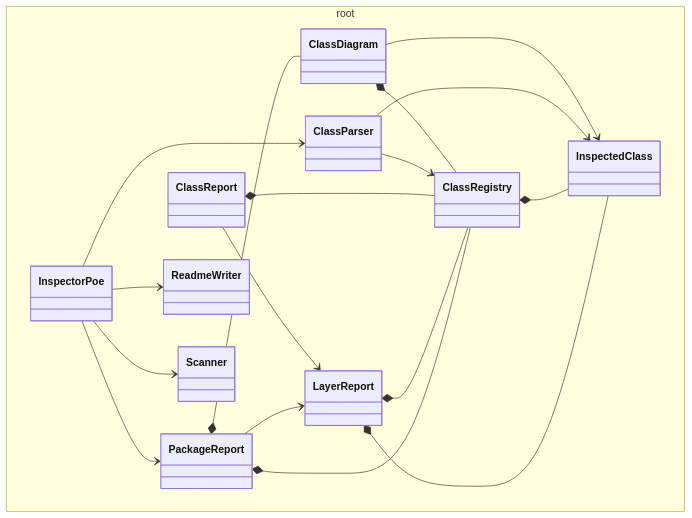
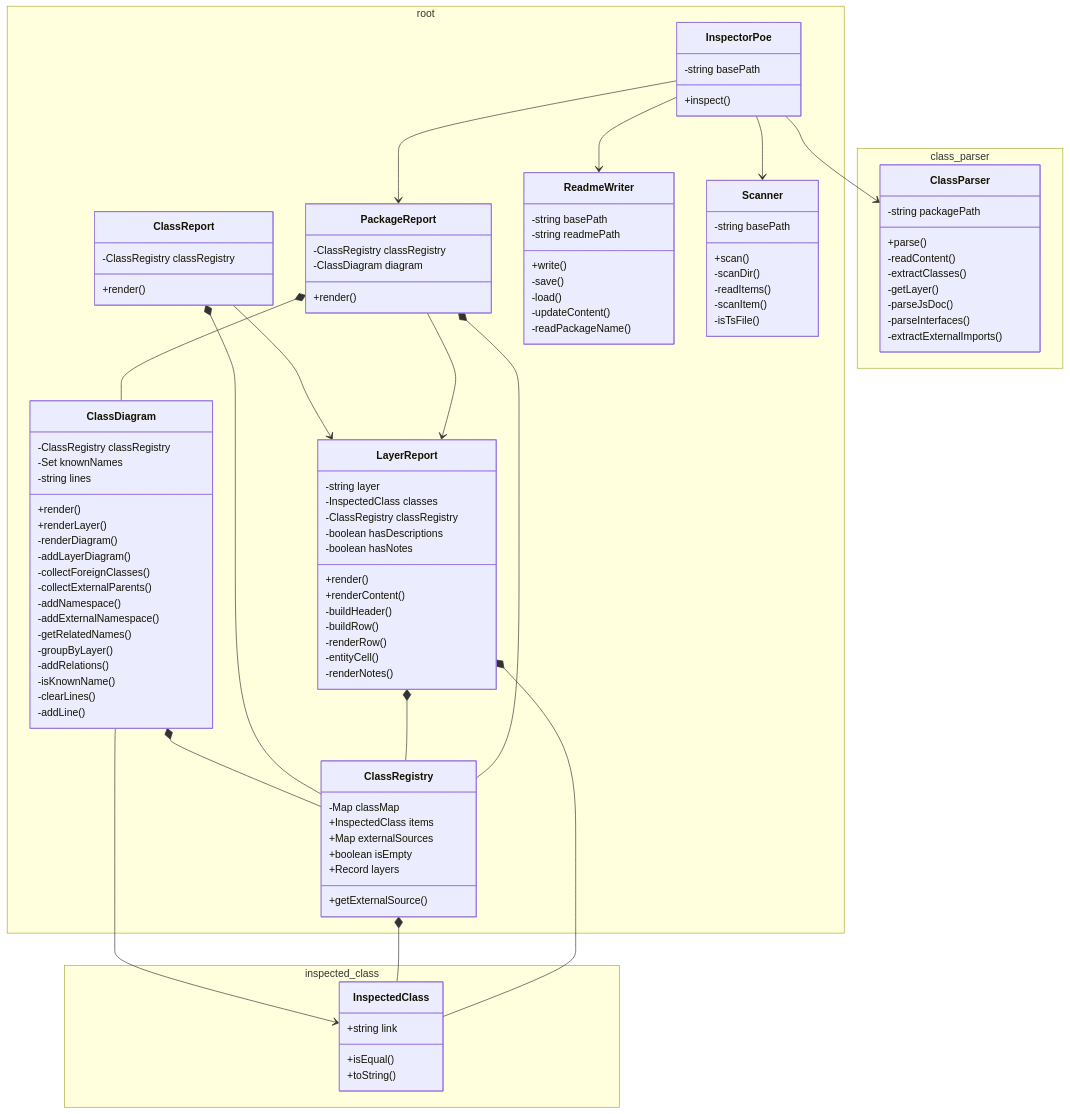
One commit to pslotinsky/decay-of-magic changed the third of 3 diagrams in packages/poe/README.md. Above: the diagram before and after it, drawn with Mermaid. The commit also changed other lines of this file and 16 other files, not shown here.

Commit message:
DOD-0004: Add class members to Poe class diagram

````diff
--- a/packages/poe/README.md
+++ b/packages/poe/README.md
@@ -8,22 +105,100 @@
 ```mermaid
 classDiagram
   namespace root {
-    class ClassDiagram
-    class ClassParser
-    class ClassRegistry
-    class ClassReport
-    class InspectedClass
-    class InspectorPoe
-    class LayerReport
-    class PackageReport
-    class ReadmeWriter
-    class Scanner
+    class ClassDiagram {
+      -ClassRegistry classRegistry
+      -Set knownNames
+      -string lines
+      +render()
+      +renderLayer()
+      -renderDiagram()
+      -addLayerDiagram()
+      -collectForeignClasses()
+      -collectExternalParents()
+      -addNamespace()
+      -addExternalNamespace()
+      -getRelatedNames()
+      -groupByLayer()
+      -addRelations()
+      -isKnownName()
+      -clearLines()
+      -addLine()
+    }
+    class ClassRegistry {
+      -Map classMap
+      +InspectedClass items
+      +Map externalSources
+      +boolean isEmpty
+      +Record layers
+      +getExternalSource()
+    }
+    class ClassReport {
+      -ClassRegistry classRegistry
+      +render()
+    }
+    class InspectorPoe {
+      -string basePath
+      +inspect()
+    }
+    class LayerReport {
+      -string layer
+      -InspectedClass classes
+      -ClassRegistry classRegistry
+      -boolean hasDescriptions
+      -boolean hasNotes
+      +render()
+      +renderContent()
+      -buildHeader()
+      -buildRow()
+      -renderRow()
+      -entityCell()
+      -renderNotes()
+    }
+    class PackageReport {
+      -ClassRegistry classRegistry
+      -ClassDiagram diagram
+      +render()
+    }
+    class ReadmeWriter {
+      -string basePath
+      -string readmePath
+      +write()
+      -save()
+      -load()
+      -updateContent()
+      -readPackageName()
+    }
+    class Scanner {
+      -string basePath
+      +scan()
+      -scanDir()
+      -readItems()
+      -scanItem()
+      -isTsFile()
+    }
+  }
+  namespace inspected_class {
+    class InspectedClass {
+      +string link
+      +isEqual()
+      +toString()
+    }
+  }
+  namespace class_parser {
+    class ClassParser {
+      -string packagePath
+      +parse()
+      -readContent()
+      -extractClasses()
+      -getLayer()
+      -parseJsDoc()
+      -parseInterfaces()
+      -extractExternalImports()
+    }
   }
 
   ClassDiagram *-- ClassRegistry
   ClassDiagram --> InspectedClass
-  ClassParser --> ClassRegistry
-  ClassParser --> InspectedClass
   ClassRegistry *-- InspectedClass
   ClassReport *-- ClassRegistry
   ClassReport --> LayerReport
````
